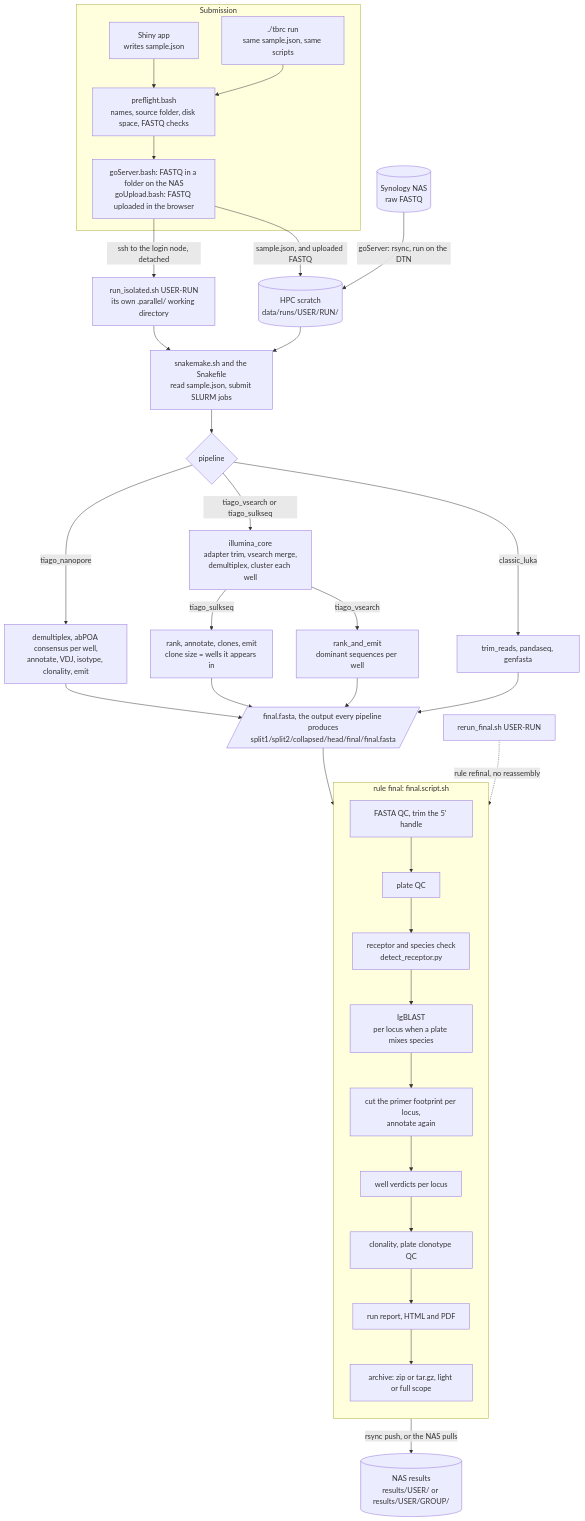
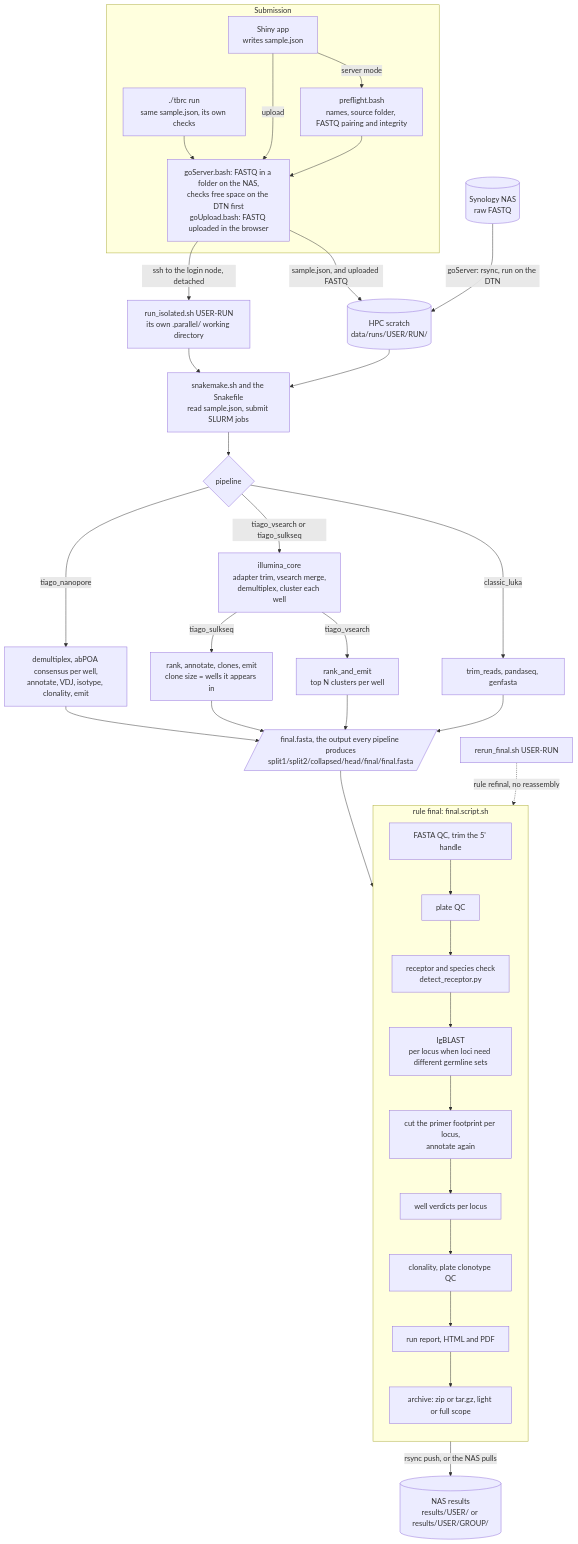
One commit to victoraLab/TBRC-pipeline changed the diagram in README.md. Above: the diagram before and after it, drawn with Mermaid. The commit also changed other lines of this file and 5 other files, not shown here.

Commit message:
Add a Pipelines tab that draws the pipeline diagrams.

````diff
--- a/README.md
+++ b/README.md
@@ -38,52 +41,53 @@
 ```mermaid
 flowchart TD
     subgraph submit["Submission"]
         app["Shiny app<br/>writes sample.json"]
-        cli["./tbrc run<br/>same sample.json, same scripts"]
-        pre["preflight.bash<br/>names, source folder, disk space, FASTQ checks"]
-        launch["goServer.bash: FASTQ in a folder on the NAS<br/>goUpload.bash: FASTQ uploaded in the browser"]
-        app --> pre
-        cli --> pre
+        cli["./tbrc run<br/>same sample.json, its own checks"]
+        pre["preflight.bash<br/>names, source folder, FASTQ pairing and integrity"]
+        launch["goServer.bash: FASTQ in a folder on the NAS,<br/>checks free space on the DTN first<br/>goUpload.bash: FASTQ uploaded in the browser"]
+        app -->|"server mode"| pre
+        app -->|"upload"| launch
+        cli --> launch
         pre --> launch
     end
 
     nas[("Synology NAS<br/>raw FASTQ")]
     scratch[("HPC scratch<br/>data/runs/USER/RUN/")]
     nas -->|"goServer: rsync, run on the DTN"| scratch
     launch -->|"sample.json, and uploaded FASTQ"| scratch
 
     launch -->|"ssh to the login node, detached"| iso["run_isolated.sh USER-RUN<br/>its own .parallel/ working directory"]
     iso --> sm["snakemake.sh and the Snakefile<br/>read sample.json, submit SLURM jobs"]
     scratch --> sm
     sm --> choice{"pipeline"}
 
     choice -->|"classic_luka"| classic["trim_reads, pandaseq, genfasta"]
     choice -->|"tiago_vsearch or tiago_sulkseq"| core["illumina_core<br/>adapter trim, vsearch merge,<br/>demultiplex, cluster each well"]
-    core -->|"tiago_vsearch"| vs["rank_and_emit<br/>dominant sequences per well"]
+    core -->|"tiago_vsearch"| vs["rank_and_emit<br/>top N clusters per well"]
     core -->|"tiago_sulkseq"| sulk["rank, annotate, clones, emit<br/>clone size = wells it appears in"]
     choice -->|"tiago_nanopore"| np["demultiplex, abPOA consensus per well,<br/>annotate, VDJ, isotype, clonality, emit"]
 
     contract[/"final.fasta, the output every pipeline produces<br/>split1/split2/collapsed/head/final/final.fasta"/]
     classic --> contract
     vs --> contract
     sulk --> contract
     np --> contract
     contract --> final
 
     subgraph final["rule final: final.script.sh"]
         direction TB
         f1["FASTA QC, trim the 5' handle"]
         f2["plate QC"]
         f3["receptor and species check<br/>detect_receptor.py"]
-        f4["IgBLAST<br/>per locus when a plate mixes species"]
+        f4["IgBLAST<br/>per locus when loci need different germline sets"]
         f5["cut the primer footprint per locus,<br/>annotate again"]
         f6["well verdicts per locus"]
         f7["clonality, plate clonotype QC"]
         f8["run report, HTML and PDF"]
         f9["archive: zip or tar.gz, light or full scope"]
         f1 --> f2 --> f3 --> f4 --> f5 --> f6 --> f7 --> f8 --> f9
     end
 
     f9 -->|"rsync push, or the NAS pulls"| results[("NAS results<br/>results/USER/ or results/USER/GROUP/")]
     rerun["rerun_final.sh USER-RUN"] -.->|"rule refinal, no reassembly"| final
 ```
````
